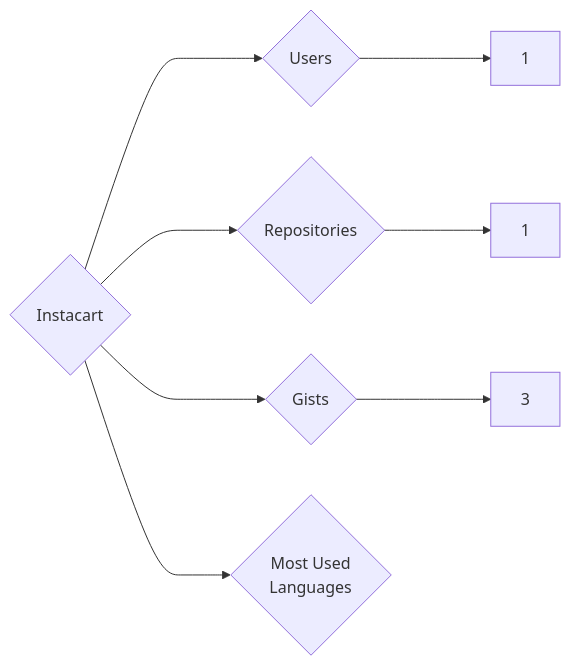
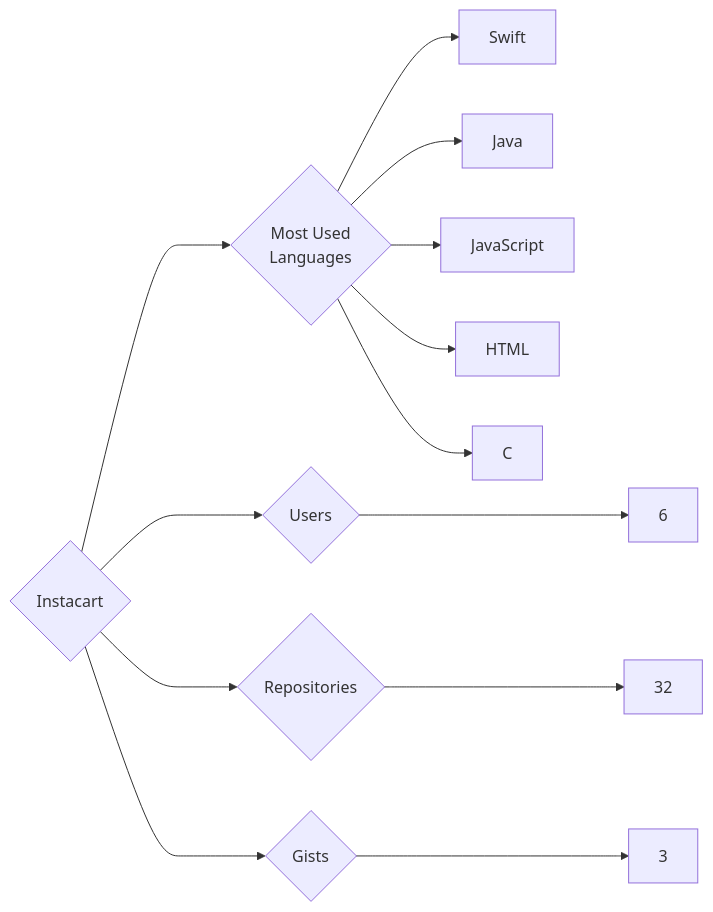
One commit to trickest/insiders changed the diagram in targets/Instacart/README.md. Above: the diagram before and after it, drawn with Mermaid. The commit also changed 912 other files, not shown here.

````diff
--- a/targets/Instacart/README.md
+++ b/targets/Instacart/README.md
@@ -3,8 +3,13 @@
 ```mermaid
 graph LR
 COMPANY_NAME{Instacart}
-COMPANY_NAME ---> U{Users} ---> UN[1]
-COMPANY_NAME ---> R{Repositories} ---> RN[1]
+COMPANY_NAME ---> U{Users} ---> UN[6]
+COMPANY_NAME ---> R{Repositories} ---> RN[32]
 COMPANY_NAME ---> G{Gists} ---> GN[3]
 COMPANY_NAME ---> ML{Most Used<br>Languages}
+ML --> Swift[Swift]
+ML --> Java[Java]
+ML --> JavaScript[JavaScript]
+ML --> HTML[HTML]
+ML --> C[C]
 ```
````
